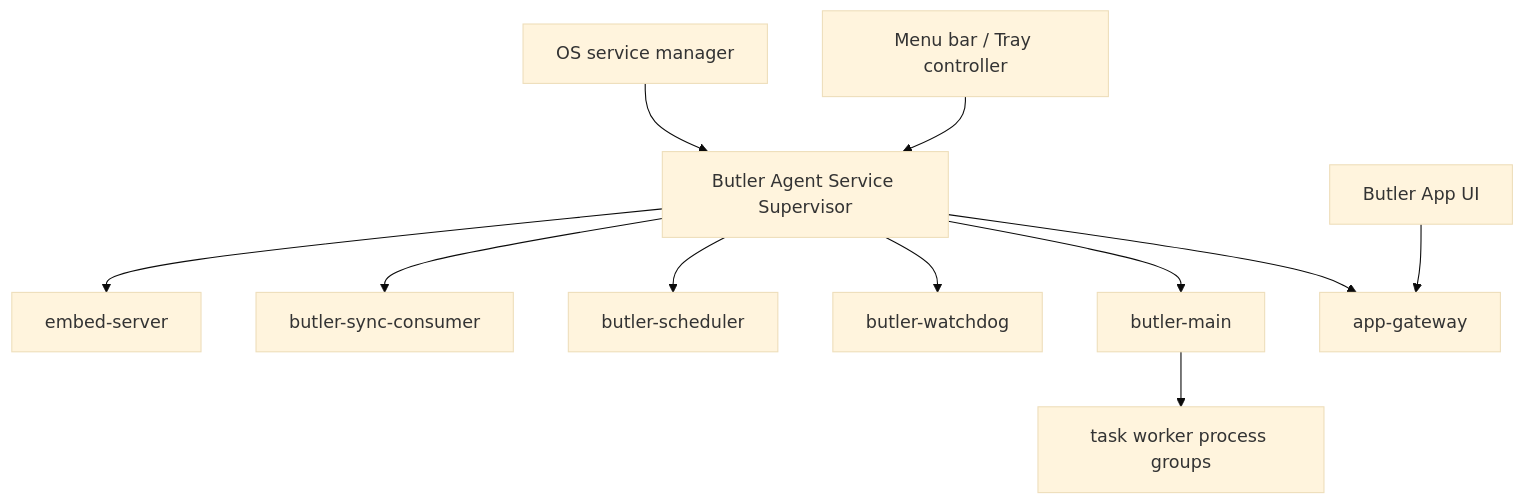
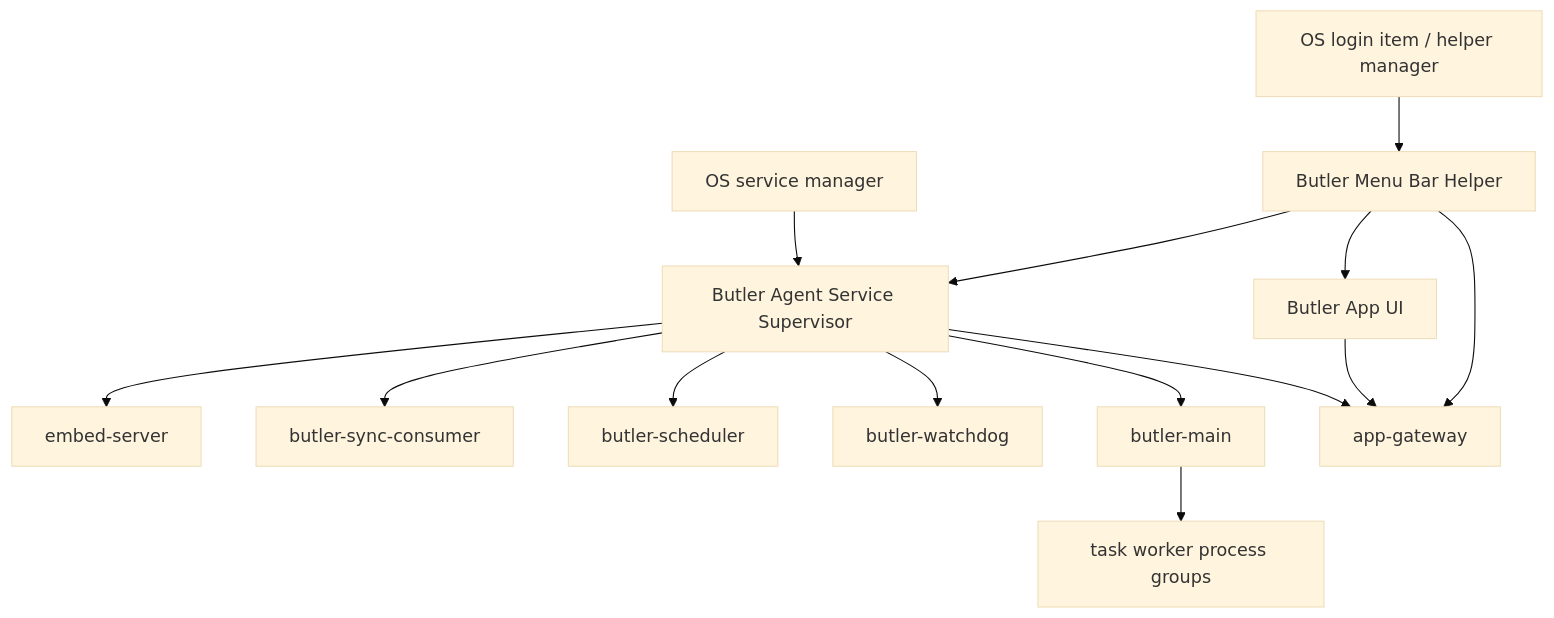
One commit to Hexpy-Games/butler changed the diagram in packages/butler-app/specs/background-service-distribution.md. Above: the diagram before and after it, drawn with Mermaid (base theme). The commit also changed other lines of this file and 1 other file, not shown here.

Commit message:
spec persistent app menu bar helper

````diff
--- a/packages/butler-app/specs/background-service-distribution.md
+++ b/packages/butler-app/specs/background-service-distribution.md
@@ -37,13 +45,16 @@
 ```mermaid
 flowchart TD
   OS["OS service manager"] --> S["Butler Agent Service Supervisor"]
+  Login["OS login item / helper manager"] --> Helper["Butler Menu Bar Helper"]
   S --> E["embed-server"]
   S --> C["butler-sync-consumer"]
   S --> H["butler-scheduler"]
   S --> W["butler-watchdog"]
   S --> M["butler-main"]
   S --> G["app-gateway"]
   M --> T["task worker process groups"]
   UI["Butler App UI"] --> G
-  Tray["Menu bar / Tray controller"] --> S
+  Helper --> S
+  Helper --> G
+  Helper --> UI
 ```
````
